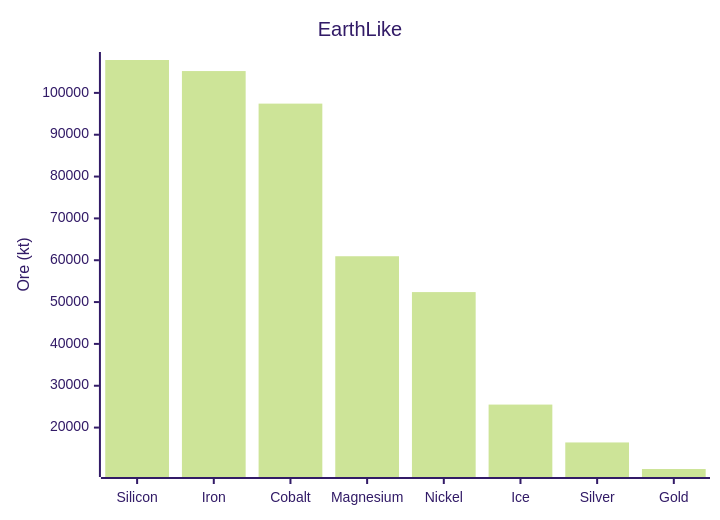
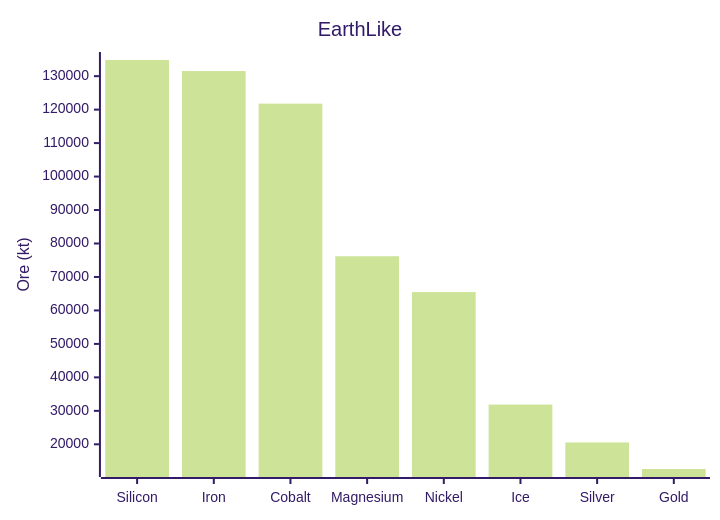
The first of 3 diagrams in octahedron/ORES.md (CometWorks/worlds), drawn with Mermaid (forest theme) before and after one commit. The commit also changed other lines of this file and 4 other files, not shown here.

````diff
--- a/octahedron/ORES.md
+++ b/octahedron/ORES.md
@@ -51,7 +51,7 @@
 ```mermaid
 xychart-beta
     title "EarthLike"
     x-axis ["Silicon", "Iron", "Cobalt", "Magnesium", "Nickel", "Ice", "Silver", "Gold"]
     y-axis "Ore (kt)"
-    bar [107861.3, 105219.0, 97436.4, 60953.6, 52383.4, 25497.0, 16445.1, 10098.7]
+    bar [134826.6, 131523.7, 121795.5, 76192.0, 65479.2, 31871.2, 20556.3, 12623.4]
 ```
````
